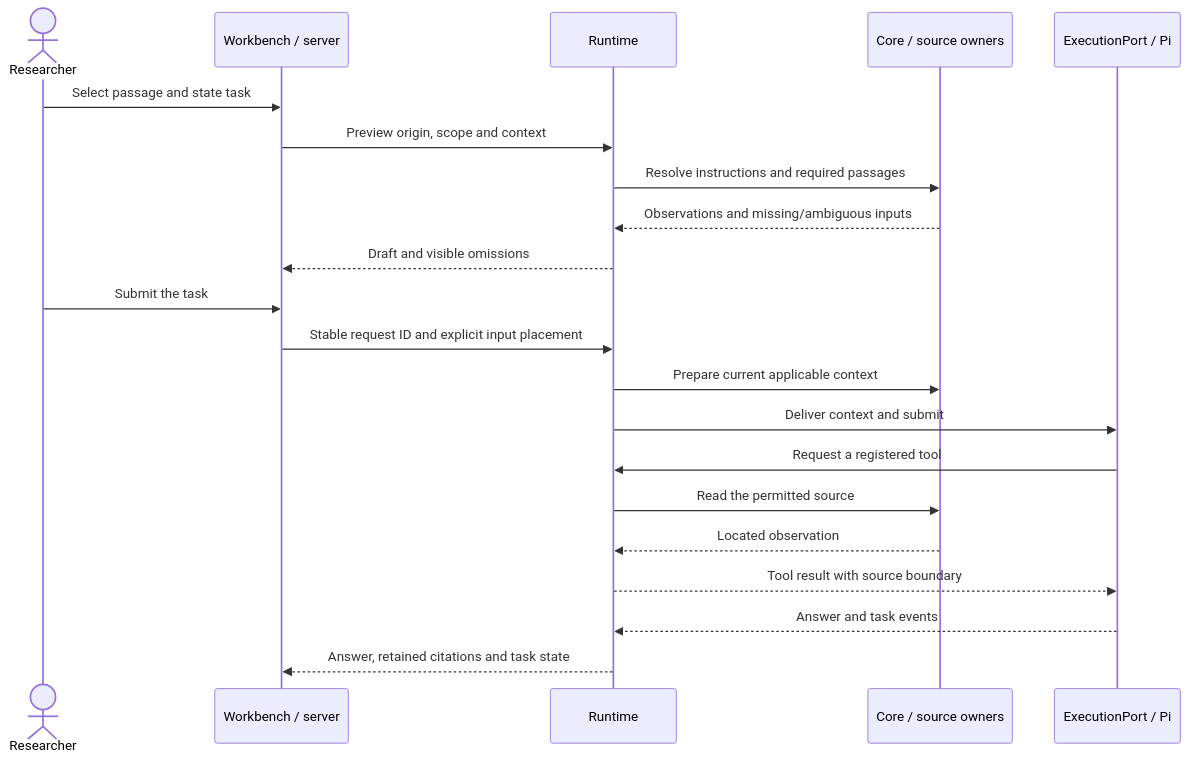
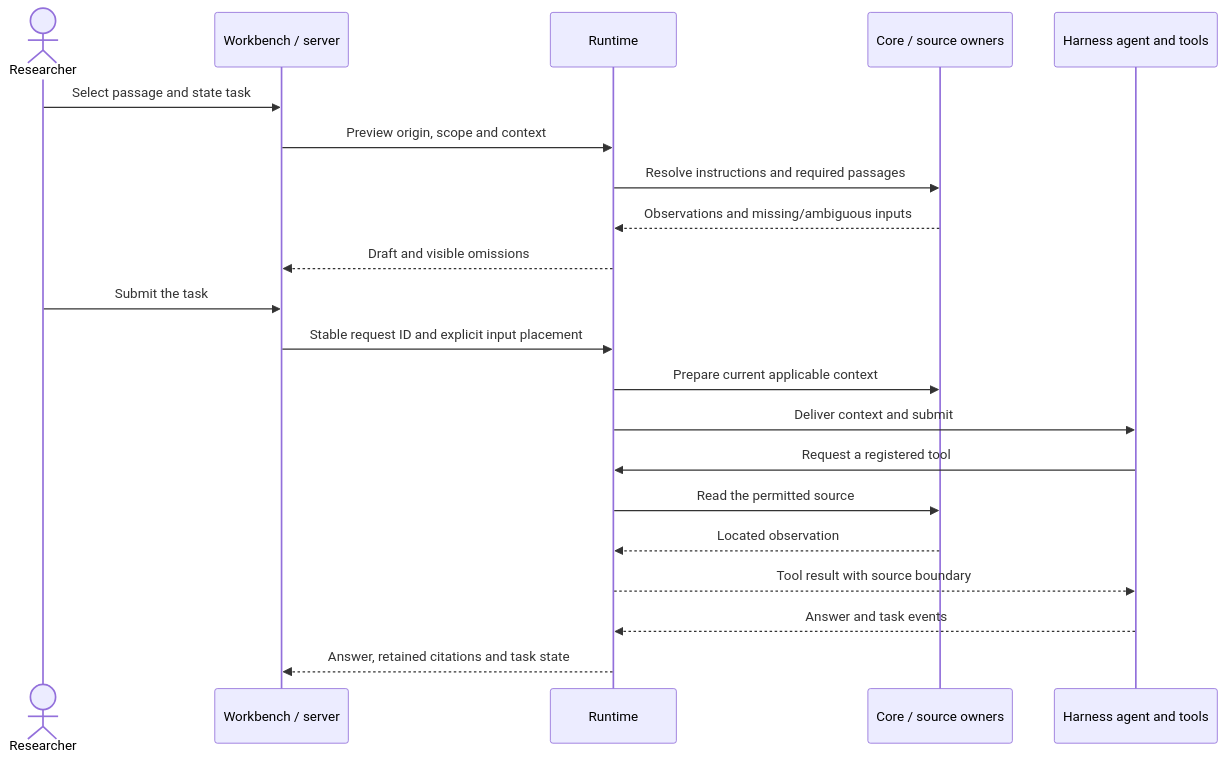
The second of 4 diagrams in docs/agent/10-project-workspace.md (bhjia-phys/AITP-agent), drawn with Mermaid before and after one commit. The commit also changed other lines of this file and 7 other files, not shown here.

````diff
--- a/docs/agent/10-project-workspace.md
+++ b/docs/agent/10-project-workspace.md
@@ -169,23 +169,23 @@
 ```mermaid
 sequenceDiagram
   actor U as Researcher
   participant W as Workbench / server
   participant R as Runtime
   participant C as Core / source owners
-  participant P as ExecutionPort / Pi
+  participant P as Harness agent and tools
   U->>W: Select passage and state task
   W->>R: Preview origin, scope and context
   R->>C: Resolve instructions and required passages
   C-->>R: Observations and missing/ambiguous inputs
   R-->>W: Draft and visible omissions
   U->>W: Submit the task
   W->>R: Stable request ID and explicit input placement
   R->>C: Prepare current applicable context
   R->>P: Deliver context and submit
   P->>R: Request a registered tool
   R->>C: Read the permitted source
   C-->>R: Located observation
   R-->>P: Tool result with source boundary
   P-->>R: Answer and task events
   R-->>W: Answer, retained citations and task state
 ```
````
